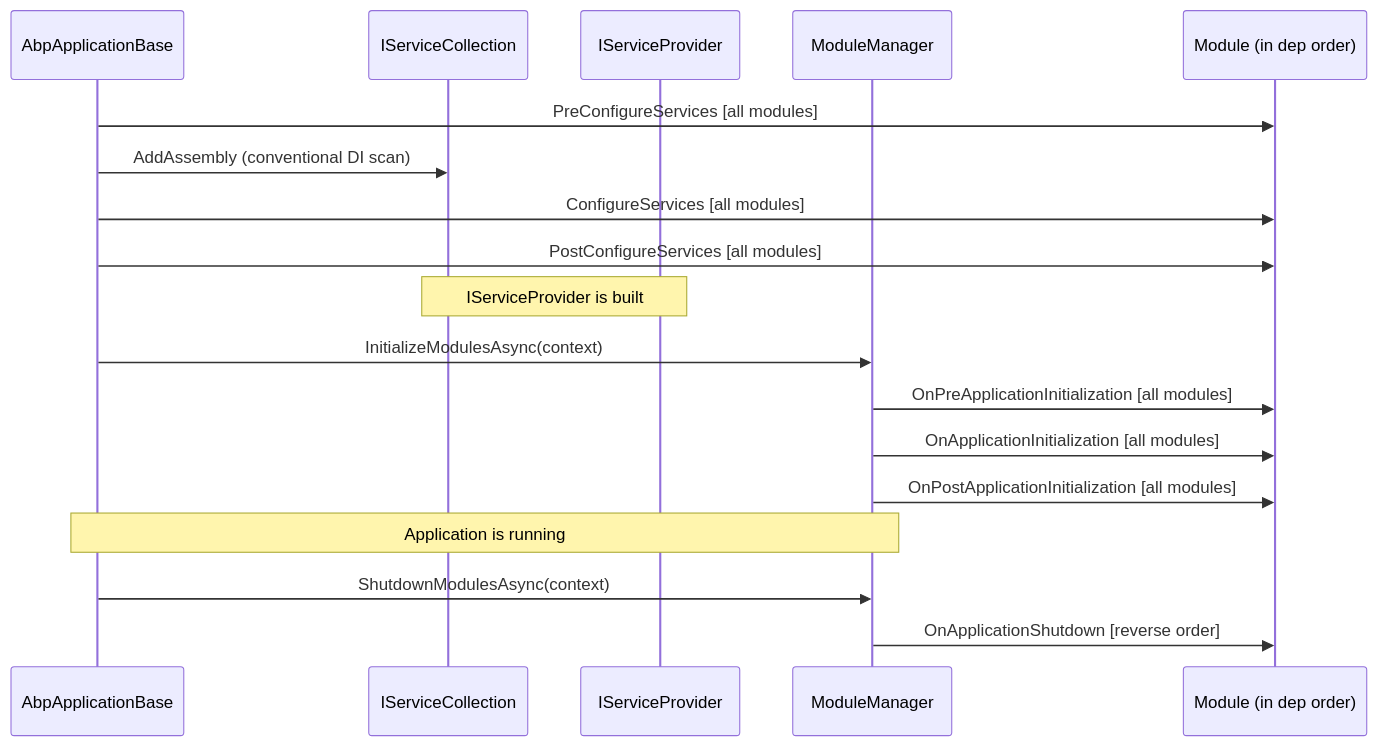
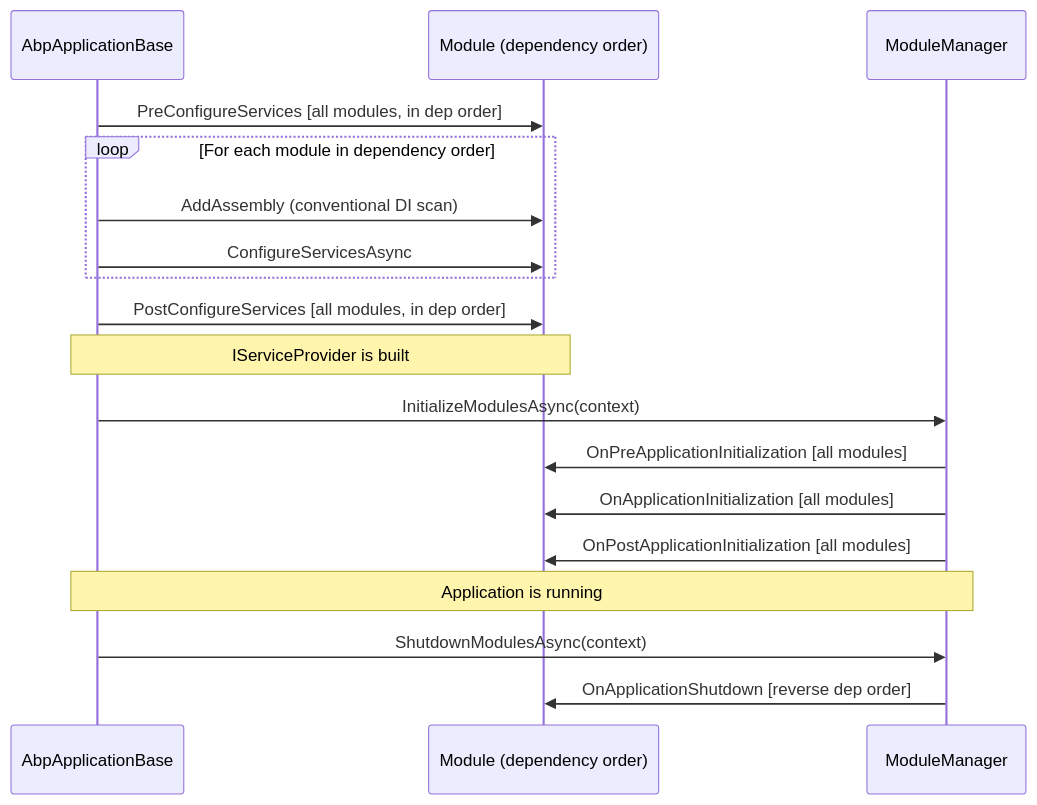
One commit to mintlify-atlas/docs-wiki-a1b1ff33 changed the diagram in modularity/module-lifecycle.mdx. Above: the diagram before and after it, drawn with Mermaid. The commit also changed other lines of this file and 51 other files, not shown here.

````diff
--- a/modularity/module-lifecycle.mdx
+++ b/modularity/module-lifecycle.mdx
@@ -101,21 +113,21 @@
 ```mermaid
 sequenceDiagram
     participant App as AbpApplicationBase
-    participant SC as IServiceCollection
-    participant SP as IServiceProvider
+    participant M as Module (dependency order)
     participant MM as ModuleManager
-    participant M as Module (in dep order)
 
-    App->>M: PreConfigureServices [all modules]
-    App->>SC: AddAssembly (conventional DI scan)
-    App->>M: ConfigureServices [all modules]
-    App->>M: PostConfigureServices [all modules]
-    Note over SC,SP: IServiceProvider is built
+    App->>M: PreConfigureServices [all modules, in dep order]
+    loop For each module in dependency order
+        App->>M: AddAssembly (conventional DI scan)
+        App->>M: ConfigureServicesAsync
+    end
+    App->>M: PostConfigureServices [all modules, in dep order]
+    Note over App,M: IServiceProvider is built
     App->>MM: InitializeModulesAsync(context)
     MM->>M: OnPreApplicationInitialization [all modules]
     MM->>M: OnApplicationInitialization [all modules]
     MM->>M: OnPostApplicationInitialization [all modules]
     Note over App,MM: Application is running
     App->>MM: ShutdownModulesAsync(context)
-    MM->>M: OnApplicationShutdown [reverse order]
+    MM->>M: OnApplicationShutdown [reverse dep order]
 ```
````
